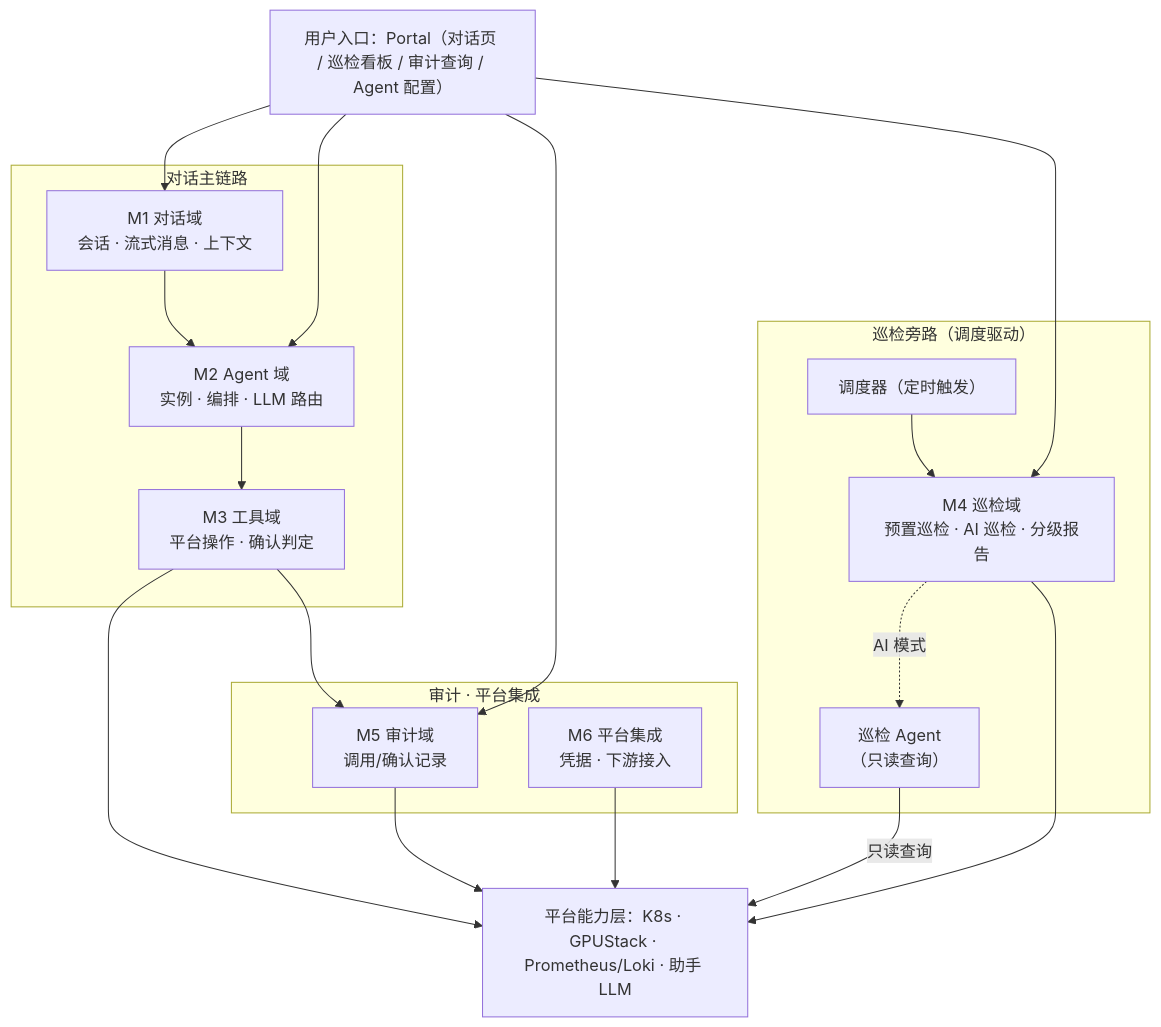
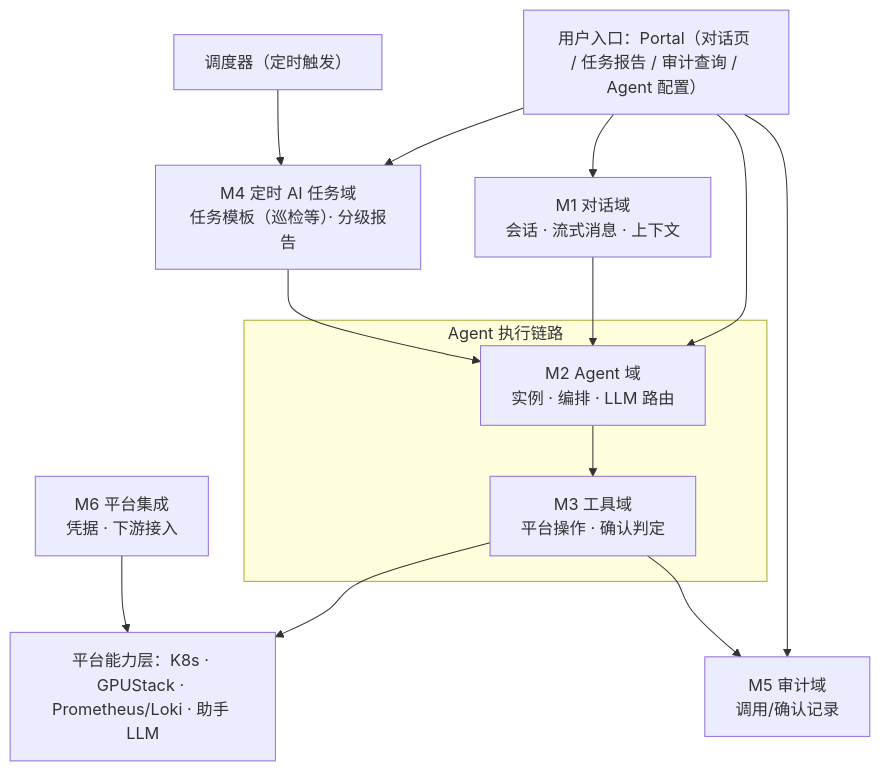
One commit to suanova/cubepilot changed the diagram in docs/CubeStack-平台智能助手-CubePilot-功能需求细化文档.md. Above: the diagram before and after it, drawn with Mermaid. The commit also changed other lines of this file and 1 other file, not shown here.

Commit message:
docs: reframe M4 as scheduled-AI-task domain routed through M2 agent
- Reframe M4 from inspection to 定时 AI 任务域 (inspection = one preset template)
- Route scheduled tasks through M2 Agent instance; drop inspection bypass + platform-level agent
- Unify execution identity: creator identity + RBAC (drop platform-level read-only account)
- Add FR-M4-014 (scheduled/triggered AI task) + authorization note; rework FR-M4-001/004/008
- Rewrite mermaid/data-flow: two entries (M1/M4) → M2 → M3 → P; split M5/M6 standalone

````diff
--- a/docs/CubeStack-平台智能助手-CubePilot-功能需求细化文档.md
+++ b/docs/CubeStack-平台智能助手-CubePilot-功能需求细化文档.md
@@ -32,37 +32,29 @@
 ```mermaid
 flowchart TB
-    U["用户入口：Portal（对话页 / 巡检看板 / 审计查询 / Agent 配置）"]
+    U["用户入口：Portal（对话页 / 任务报告 / 审计查询 / Agent 配置）"]
 
-    subgraph chat["对话主链路"]
-        M1["M1 对话域<br/>会话 · 流式消息 · 上下文"]
+    S["调度器（定时触发）"]
+    M1["M1 对话域<br/>会话 · 流式消息 · 上下文"]
+    M4["M4 定时 AI 任务域<br/>任务模板（巡检等）· 分级报告"]
+
+    subgraph exec["Agent 执行链路"]
         M2["M2 Agent 域<br/>实例 · 编排 · LLM 路由"]
         M3["M3 工具域<br/>平台操作 · 确认判定"]
-        M1 --> M2 --> M3
+        M2 --> M3
     end
 
-    subgraph side["审计 · 平台集成"]
-        M5["M5 审计域<br/>调用/确认记录"]
-        M6["M6 平台集成<br/>凭据 · 下游接入"]
-    end
-
-    subgraph insp["巡检旁路（调度驱动）"]
-        S["调度器（定时触发）"]
-        M4["M4 巡检域<br/>预置巡检 · AI 巡检 · 分级报告"]
-        IA["巡检 Agent<br/>（只读查询）"]
-        S --> M4
-        M4 -.->|"AI 模式"| IA
-    end
-
+    M5["M5 审计域<br/>调用/确认记录"]
+    M6["M6 平台集成<br/>凭据 · 下游接入"]
     P["平台能力层：K8s · GPUStack · Prometheus/Loki · 助手 LLM"]
 
     U --> M1
     U --> M2
+    U --> M4
     U --> M5
-    U --> M4
+    S --> M4
+    M1 --> M2
+    M4 --> M2
     M3 --> P
     M3 --> M5
-    M5 --> P
     M6 --> P
-    M4 --> P
-    IA -->|"只读查询"| P
 ```
````
